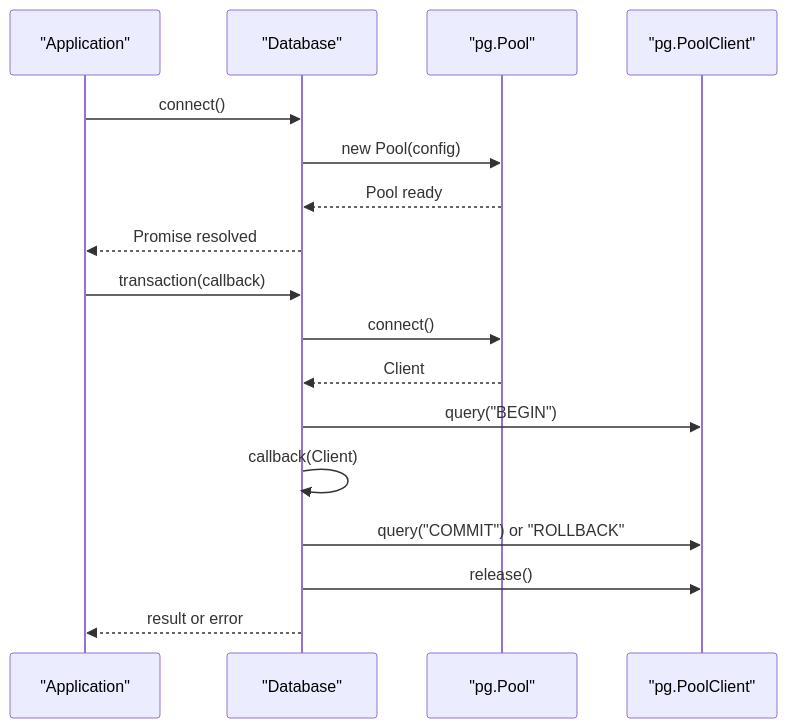
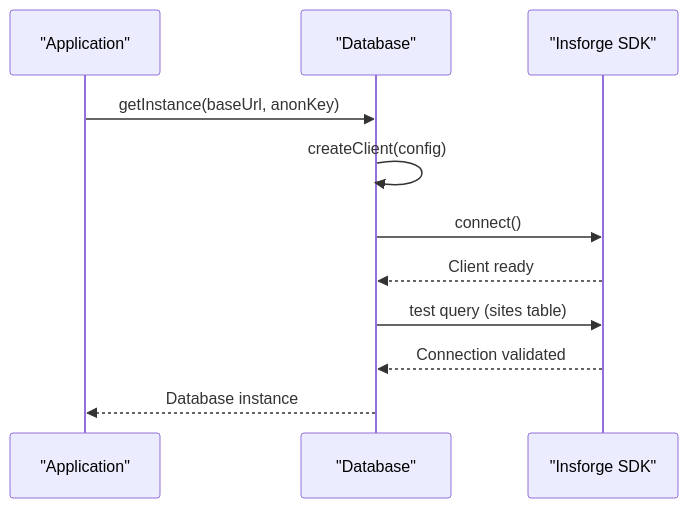
The third of 10 diagrams in .qoder/repowiki/en/content/Repository Layer/Repository Layer.md (vishnusaibhosekar/ares), drawn with Mermaid before and after one commit. The commit also changed other lines of this file and 12 other files, not shown here.

Commit message:
fix: gracefully handle @insforge/sdk unavailability with try-catch require

````diff
--- a/.qoder/repowiki/en/content/Repository Layer/Repository Layer.md
+++ b/.qoder/repowiki/en/content/Repository Layer/Repository Layer.md
@@ -226,19 +238,13 @@
 ```mermaid
 sequenceDiagram
 participant App as "Application"
 participant DB as "Database"
-participant Pool as "pg.Pool"
-participant Client as "pg.PoolClient"
-App->>DB : connect()
-DB->>Pool : new Pool(config)
-Pool-->>DB : Pool ready
-DB-->>App : Promise resolved
-App->>DB : transaction(callback)
-DB->>Pool : connect()
-Pool-->>DB : Client
-DB->>Client : query("BEGIN")
-DB->>DB : callback(Client)
-DB->>Client : query("COMMIT") or "ROLLBACK"
-DB->>Client : release()
-DB-->>App : result or error
+participant SDK as "Insforge SDK"
+App->>DB : getInstance(baseUrl, anonKey)
+DB->>DB : createClient(config)
+DB->>SDK : connect()
+SDK-->>DB : Client ready
+DB->>SDK : test query (sites table)
+SDK-->>DB : Connection validated
+DB-->>App : Database instance
 ```
````
